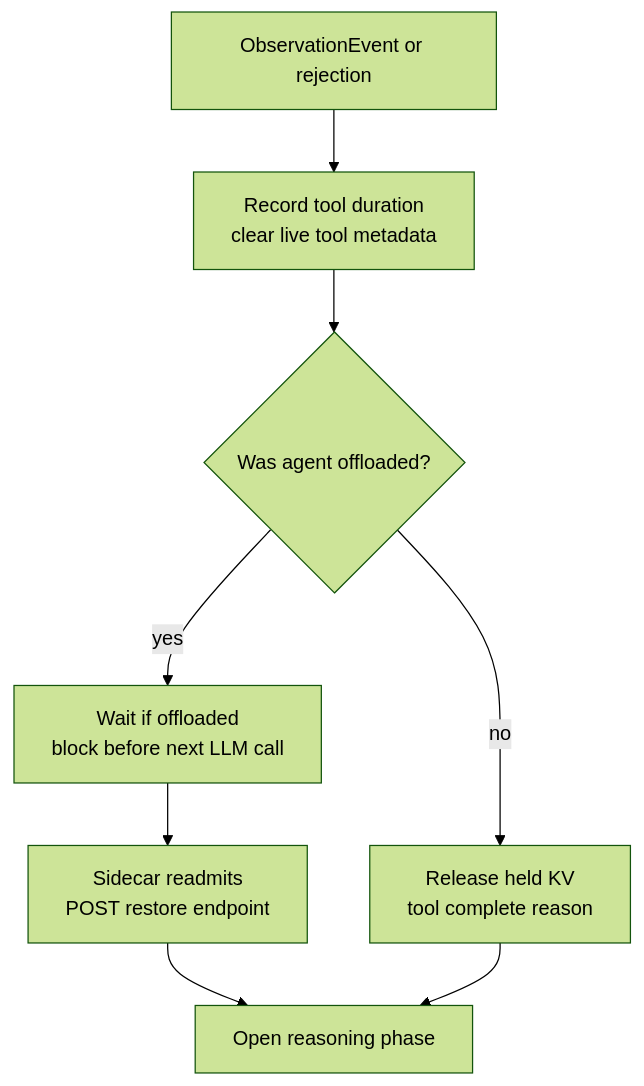
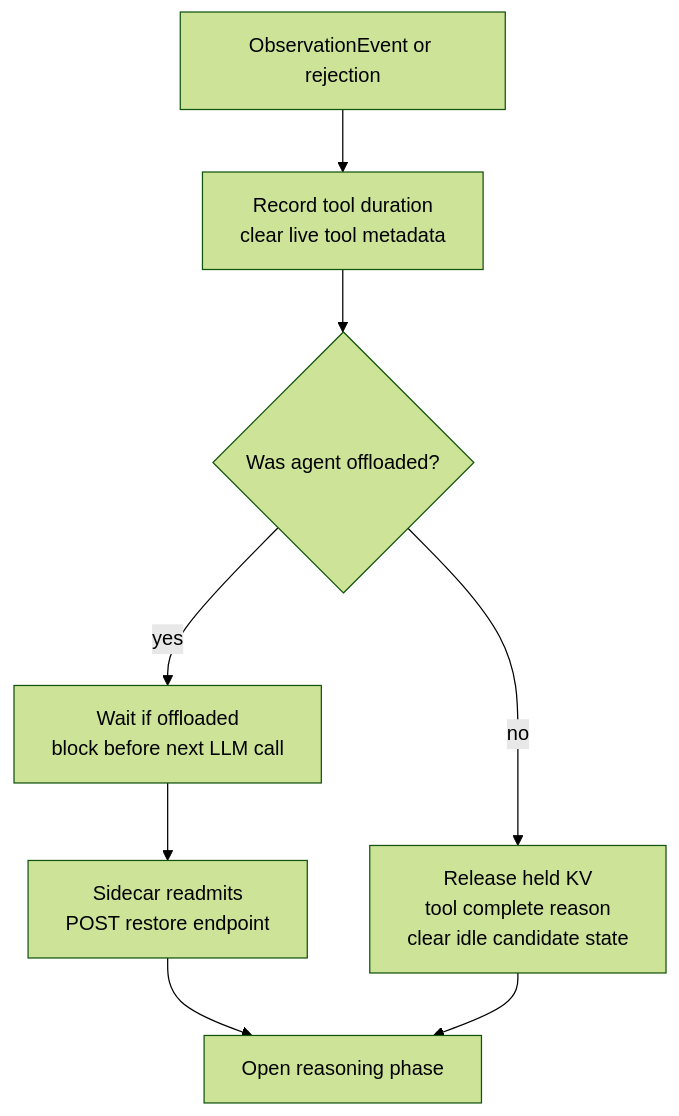
One commit to javenjwzhao-coder/agent-concurrency changed the fourth of 8 diagrams in docs/agent_kv_offload_architecture.md. Above: the diagram before and after it, drawn with Mermaid (forest theme). The commit also changed other lines of this file and 2 other files, not shown here.

Commit message:
Clear released tool calls from offload heap

````diff
--- a/docs/agent_kv_offload_architecture.md
+++ b/docs/agent_kv_offload_architecture.md
@@ -146,14 +146,14 @@
 ```mermaid
 flowchart TD
     obs[ObservationEvent or rejection]
     record[Record tool duration<br/>clear live tool metadata]
     offloaded{Was agent offloaded?}
     wait[Wait if offloaded<br/>block before next LLM call]
     restore[Sidecar readmits<br/>POST restore endpoint]
-    release[Release held KV<br/>tool complete reason]
+    release[Release held KV<br/>tool complete reason<br/>clear idle candidate state]
     reason[Open reasoning phase]
 
     obs --> record --> offloaded
     offloaded -- yes --> wait --> restore --> reason
     offloaded -- no --> release --> reason
 ```
````
